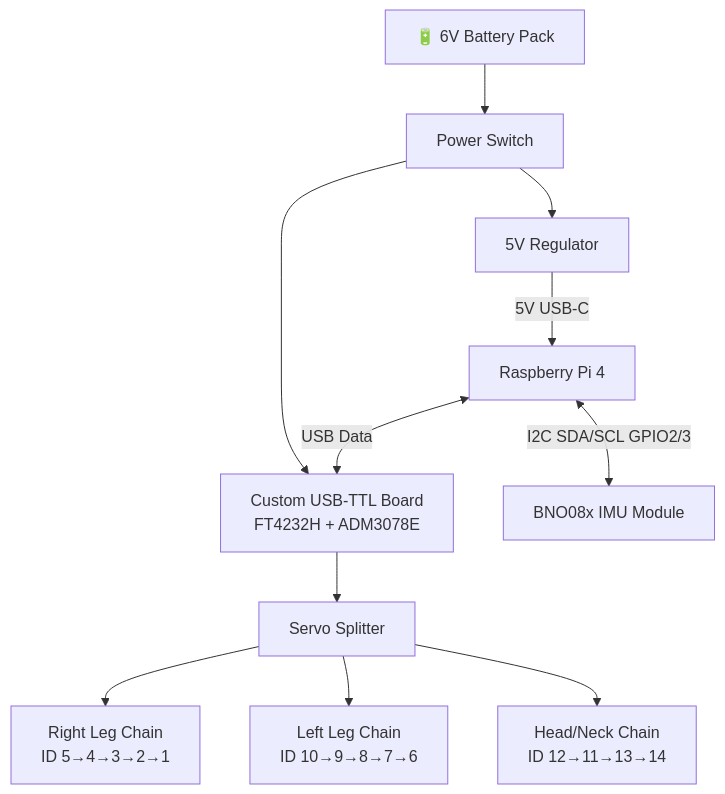
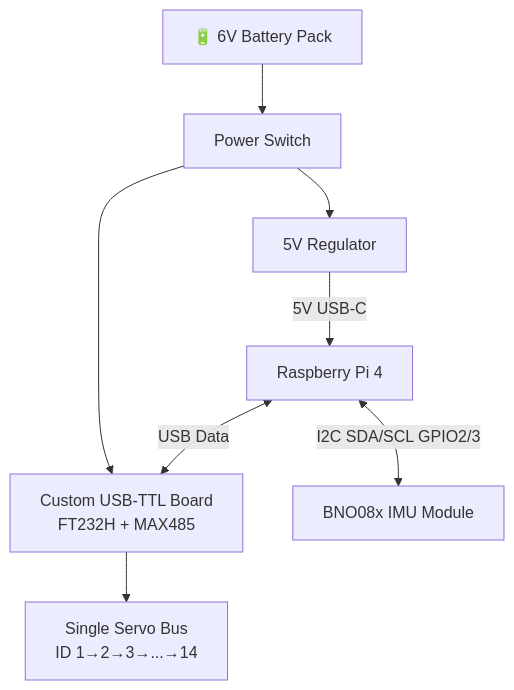
Before and after one commit to RomdhoniZidane20/Microduck_companion_project: the first of 2 diagrams in README.md, drawn with Mermaid. The commit also changed other lines of this file, not shown here.

Commit message:
Update README: FT232H + MAX485, single TTL bus throughout

````diff
--- a/README.md
+++ b/README.md
@@ -100,24 +101,18 @@
 ```mermaid
 flowchart TD
     BAT[🔋 6V Battery Pack]
     SW[Power Switch]
     REG[5V Regulator]
     RPI[Raspberry Pi 4]
-    BOARD[Custom USB-TTL Board\nFT4232H + ADM3078E]
+    BOARD[Custom USB-TTL Board\nFT232H + MAX485]
     IMU[BNO08x IMU Module]
-    SPLIT[Servo Splitter]
-    RL[Right Leg Chain\nID 5→4→3→2→1]
-    LL[Left Leg Chain\nID 10→9→8→7→6]
-    HN[Head/Neck Chain\nID 12→11→13→14]
+    CHAIN[Single Servo Bus\nID 1→2→3→...→14]
 
     BAT --> SW
     SW --> BOARD
     SW --> REG
     REG -->|5V USB-C| RPI
     RPI <-->|USB Data| BOARD
     RPI <-->|I2C SDA/SCL GPIO2/3| IMU
-    BOARD --> SPLIT
-    SPLIT --> RL
-    SPLIT --> LL
-    SPLIT --> HN
+    BOARD --> CHAIN
 ```
````
